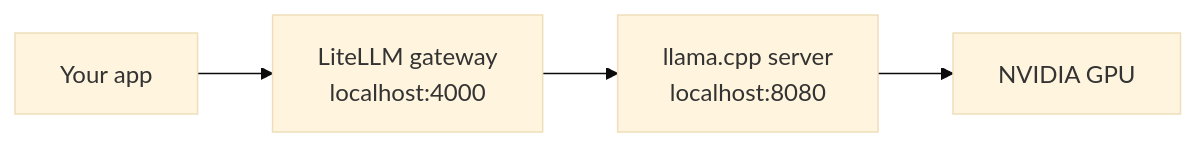
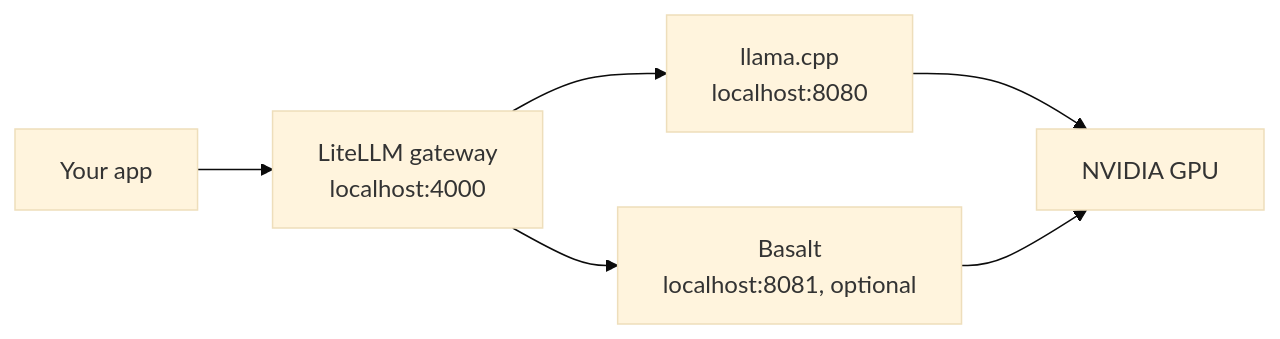
One commit to AzPepoze/litellm-llamacpp-setup changed the diagram in README.md. Above: the diagram before and after it, drawn with Mermaid (base theme). The commit also changed other lines of this file, not shown here.

Commit message:
docs: describe setup script, Basalt and manual setup

````diff
--- a/README.md
+++ b/README.md
@@ -5,6 +9,8 @@
 ```mermaid
 flowchart LR
     App[Your app] --> LiteLLM[LiteLLM gateway<br/>localhost:4000]
-    LiteLLM --> LlamaCpp[llama.cpp server<br/>localhost:8080]
+    LiteLLM --> LlamaCpp[llama.cpp<br/>localhost:8080]
+    LiteLLM --> Basalt[Basalt<br/>localhost:8081, optional]
     LlamaCpp --> GPU[NVIDIA GPU]
+    Basalt --> GPU
 ```
````
